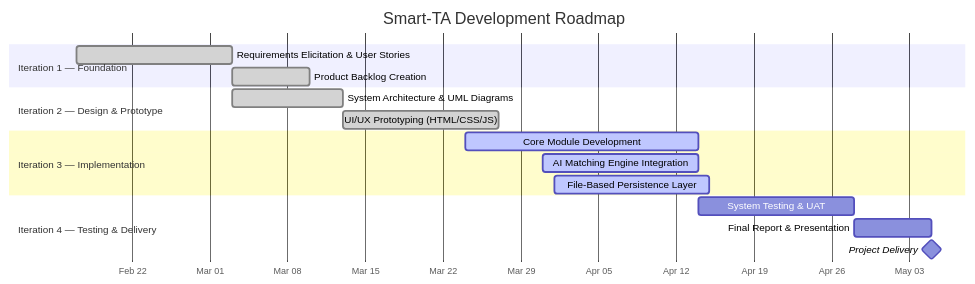
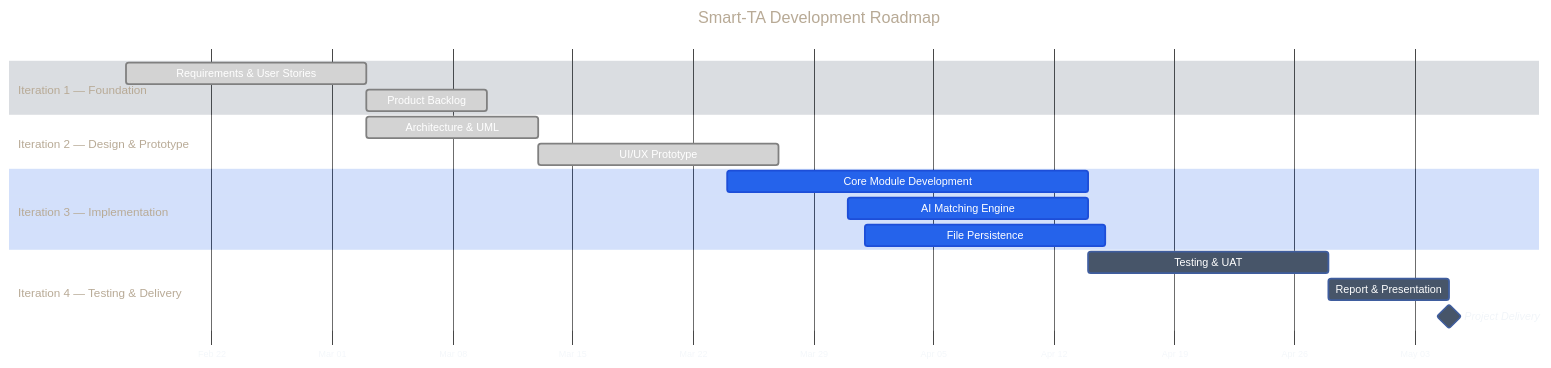
One commit to easyknowledge/Teaching-Assistant-Recruitment-System changed the second of 2 diagrams in README.md. Above: the diagram before and after it, drawn with Mermaid. The commit also changed other lines of this file, not shown here.

Commit message:
Update README.md
Fixed text display and overlap issues in the roadmap.

````diff
--- a/README.md
+++ b/README.md
@@ -197,24 +199,25 @@
 ```mermaid
+%%{init: {'theme':'base','themeVariables':{'primaryColor':'#2563eb','primaryTextColor':'#ffffff','secondaryColor':'#64748b','tertiaryColor':'#475569','lineColor':'#94a3b8','textColor':'#f1f5f9','taskBkgColor':'#475569','taskTextColor':'#ffffff','taskTextLightColor':'#ffffff','taskTextDarkColor':'#ffffff','activeTaskBkgColor':'#2563eb','activeTaskBorderColor':'#1d4ed8','gridColor':'#334155','todayLineColor':'#ef4444'},'gantt':{'useWidth':1800,'useMaxWidth':true,'leftPadding':130,'rightPadding':200,'barHeight':24,'barGap':6,'fontSize':12,'sectionFontSize':13,'titleTopMargin':20,'topPadding':64}}}%%
 gantt
     title Smart-TA Development Roadmap
     dateFormat  YYYY-MM-DD
     axisFormat  %b %d
 
     section Iteration 1 — Foundation
-    Requirements Elicitation & User Stories   :done, i1a, 2026-02-17, 14d
-    Product Backlog Creation                  :done, i1b, after i1a, 7d
+    Requirements & User Stories                     :done, i1a, 2026-02-17, 14d
+    Product Backlog                                 :done, i1b, after i1a, 7d
 
     section Iteration 2 — Design & Prototype
-    System Architecture & UML Diagrams        :done, i2a, 2026-03-03, 10d
-    UI/UX Prototyping (HTML/CSS/JS)           :done, i2b, after i2a, 14d
+    Architecture & UML                              :done, i2a, 2026-03-03, 10d
+    UI/UX Prototype                                 :done, i2b, after i2a, 14d
 
     section Iteration 3 — Implementation
-    Core Module Development                   :active, i3a, 2026-03-24, 21d
-    AI Matching Engine Integration            :active, i3b, 2026-03-31, 14d
-    File-Based Persistence Layer              :active, i3c, 2026-04-01, 14d
+    Core Module Development                         :active, i3a, 2026-03-24, 21d
+    AI Matching Engine                              :active, i3b, 2026-03-31, 14d
+    File Persistence                                :active, i3c, 2026-04-01, 14d
 
     section Iteration 4 — Testing & Delivery
-    System Testing & UAT                      :i4a, 2026-04-14, 14d
-    Final Report & Presentation               :i4b, after i4a, 7d
-    Project Delivery                          :milestone, 2026-05-05, 0d
+    Testing & UAT                                   :i4a, 2026-04-14, 14d
+    Report & Presentation                           :i4b, after i4a, 7d
+    Project Delivery                                :milestone, 2026-05-05, 0d
 ```
````
